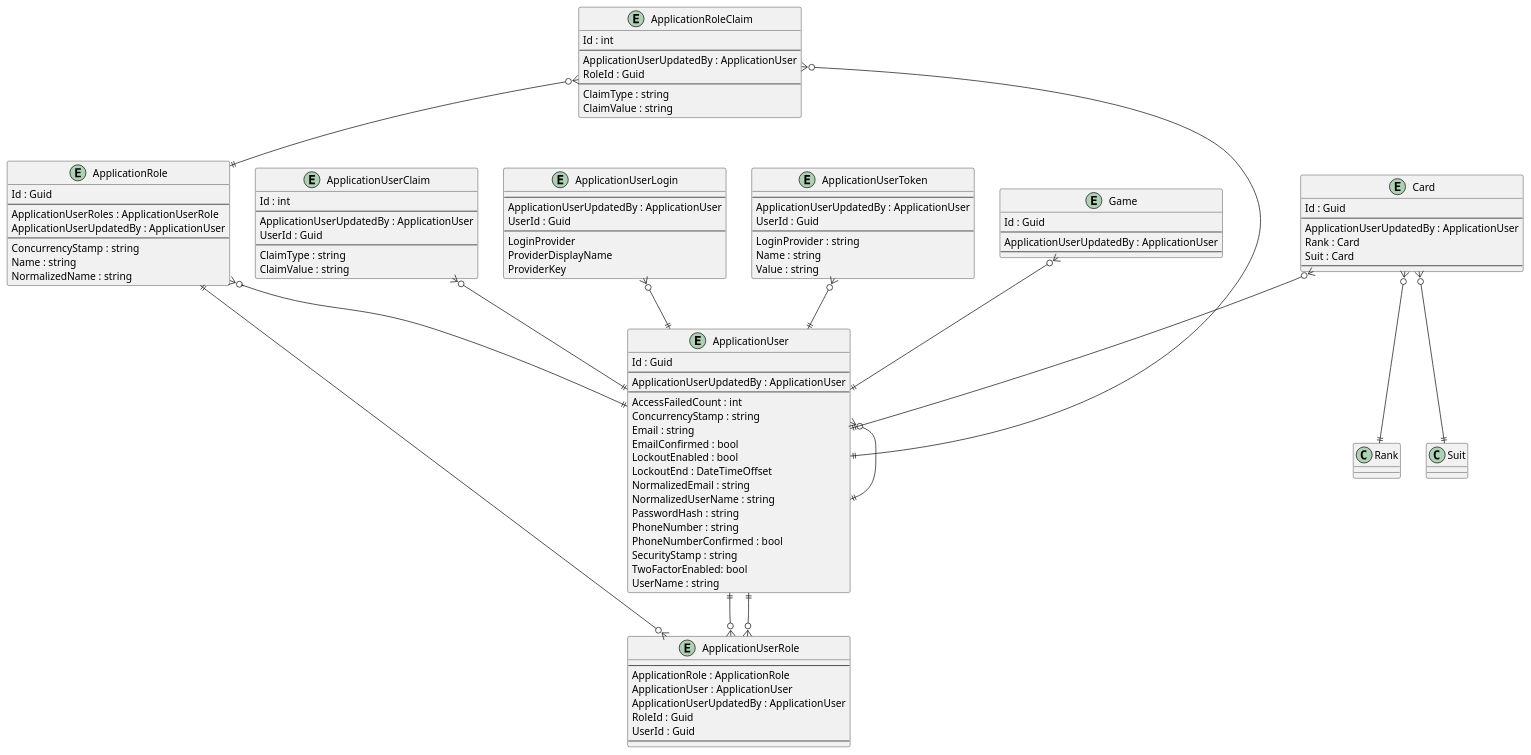
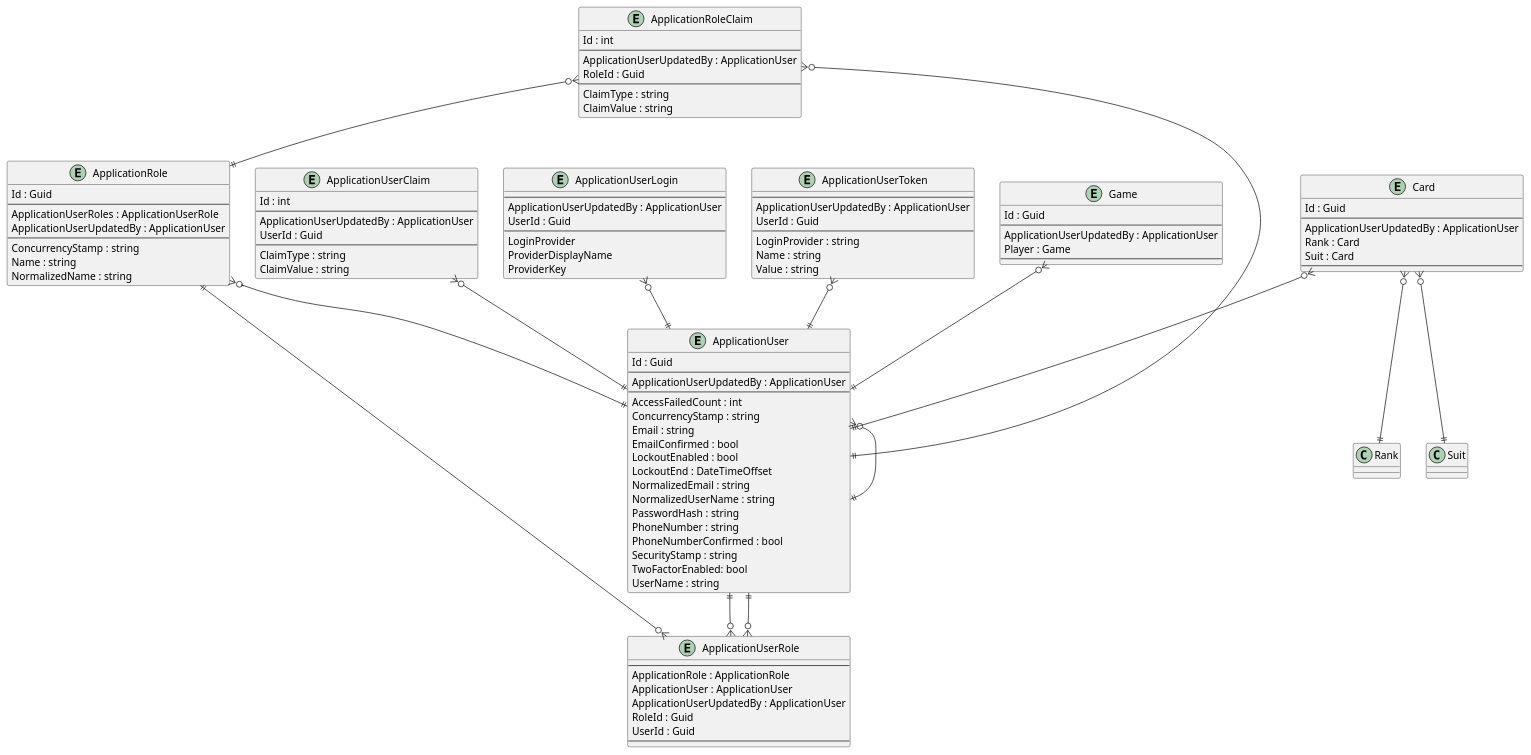
Before and after one commit to intrepion/intrepion_klondike-solitaire_csharp: the diagram in .docs/Intrepion.KlondikeSolitaire.pu, drawn with PlantUML.

```diff
--- a/.docs/Intrepion.KlondikeSolitaire.pu
+++ b/.docs/Intrepion.KlondikeSolitaire.pu
@@ -1,125 +1,126 @@
 @startuml
 
 entity ApplicationRole {
     Id : Guid
     --
     ApplicationUserRoles : ApplicationUserRole
     ApplicationUserUpdatedBy : ApplicationUser
     --
     ConcurrencyStamp : string
     Name : string
     NormalizedName : string
 }
 
 entity ApplicationRoleClaim {
     Id : int
     --
     ApplicationUserUpdatedBy : ApplicationUser
     RoleId : Guid
     --
     ClaimType : string
     ClaimValue : string
 }
 
 entity ApplicationUser {
     Id : Guid
     --
     ApplicationUserUpdatedBy : ApplicationUser
     ' ApplicationUserKeyCodePlaceholder
     --
     AccessFailedCount : int
     ConcurrencyStamp : string
     Email : string
     EmailConfirmed : bool
     LockoutEnabled : bool
     LockoutEnd : DateTimeOffset
     NormalizedEmail : string
     NormalizedUserName : string
     PasswordHash : string
     PhoneNumber : string
     PhoneNumberConfirmed : bool
     SecurityStamp : string
     TwoFactorEnabled: bool
     UserName : string
 }
 
 entity ApplicationUserClaim {
     Id : int
     --
     ApplicationUserUpdatedBy : ApplicationUser
     UserId : Guid
     --
     ClaimType : string
     ClaimValue : string
 }
 
 entity ApplicationUserLogin {
     --
     ApplicationUserUpdatedBy : ApplicationUser
     UserId : Guid
     --
     LoginProvider
     ProviderDisplayName
     ProviderKey
 }
 
 entity ApplicationUserRole {
     --
     ApplicationRole : ApplicationRole
     ApplicationUser : ApplicationUser
     ApplicationUserUpdatedBy : ApplicationUser
     RoleId : Guid
     UserId : Guid
     --
 }
 
 entity ApplicationUserToken {
     --
     ApplicationUserUpdatedBy : ApplicationUser
     UserId : Guid
     --
     LoginProvider : string
     Name : string
     Value : string
 }
 
 entity Card {
     Id : Guid
     --
     ApplicationUserUpdatedBy : ApplicationUser
     Rank : Card
     Suit : Card
     ' CardKeyCodePlaceholder
     --
     ' CardPropertyCodePlaceholder
 }
 
 entity Game {
     Id : Guid
     --
     ApplicationUserUpdatedBy : ApplicationUser
+    Player : Game
     ' GameKeyCodePlaceholder
     --
     ' GamePropertyCodePlaceholder
 }
 
 ' EntityCodePlaceholder
 
 ApplicationRole ||--o{ ApplicationUserRole
 ApplicationRole }o--|| ApplicationUser
 ApplicationRoleClaim }o--|| ApplicationRole
 ApplicationRoleClaim }o--|| ApplicationUser
 ApplicationUser }o--|| ApplicationUser
 ApplicationUser ||--o{ ApplicationUserRole
 ApplicationUserClaim }o--|| ApplicationUser
 ApplicationUserLogin }o--|| ApplicationUser
 ApplicationUserRole }o--|| ApplicationUser
 ApplicationUserToken }o--|| ApplicationUser
 
 Card }o--|| ApplicationUser
 Card }o--|| Rank
 Card }o--|| Suit
 Game }o--|| ApplicationUser
 ' RelationshipCodePlaceholder
 
 @enduml
```
